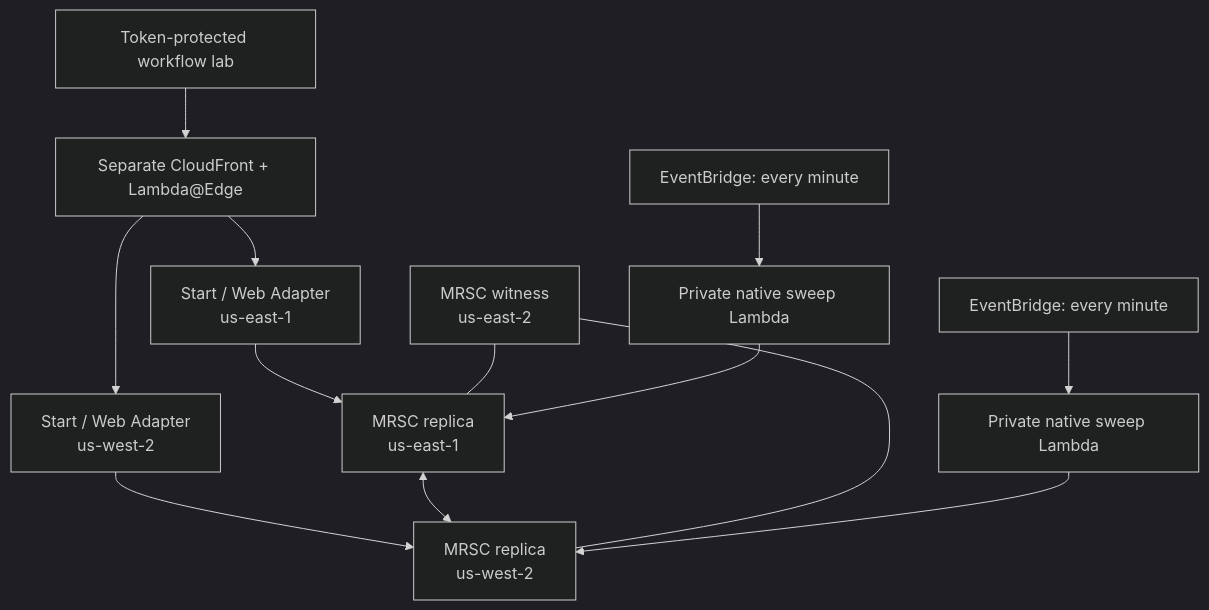
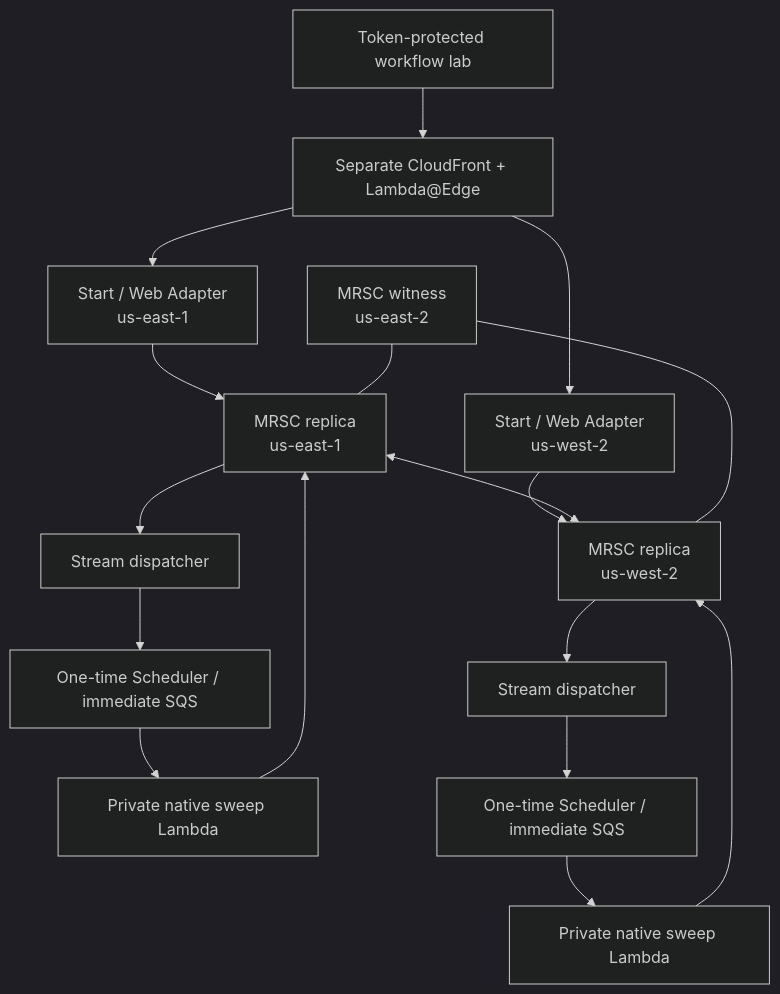
Before and after one commit to ataylorme/tanstack-start-aws-high-availability: the diagram in docs/workflow-testing.md, drawn with Mermaid (dark theme). The commit also changed other lines of this file and 26 other files, not shown here.

````diff
--- a/docs/workflow-testing.md
+++ b/docs/workflow-testing.md
@@ -11,13 +11,13 @@
 ```mermaid
 flowchart TB
     browser["Token-protected workflow lab"] --> cf["Separate CloudFront + Lambda@Edge"]
     cf --> east["Start / Web Adapter<br/>us-east-1"]
     cf --> west["Start / Web Adapter<br/>us-west-2"]
     east --> eastDB["MRSC replica<br/>us-east-1"]
     west --> westDB["MRSC replica<br/>us-west-2"]
     eastDB <--> westDB
     witness["MRSC witness<br/>us-east-2"] --- eastDB
     witness --- westDB
-    eastEvents["EventBridge: every minute"] --> eastSweep["Private native sweep Lambda"] --> eastDB
-    westEvents["EventBridge: every minute"] --> westSweep["Private native sweep Lambda"] --> westDB
+    eastDB --> eastDispatch["Stream dispatcher"] --> eastTimer["One-time Scheduler / immediate SQS"] --> eastSweep["Private native sweep Lambda"] --> eastDB
+    westDB --> westDispatch["Stream dispatcher"] --> westTimer["One-time Scheduler / immediate SQS"] --> westSweep["Private native sweep Lambda"] --> westDB
 ```
````
